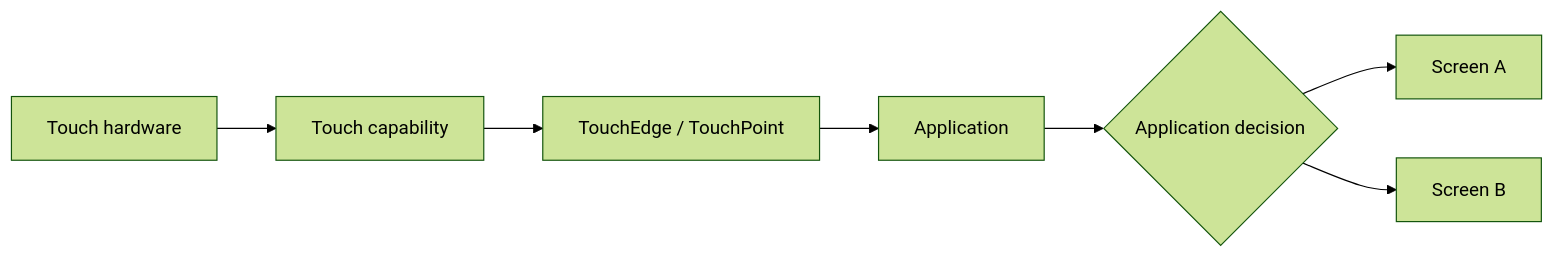
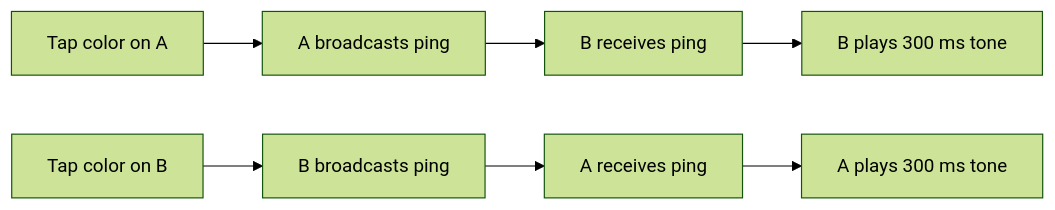
Before and after one commit to wackazong/hackandhike-2026: diagram 14 of 17 in README.md, drawn with Mermaid (forest theme). The commit also changed other lines of this file, not shown here.

Commit message:
Expand beginner application examples

````diff
--- a/README.md
+++ b/README.md
@@ -1160,9 +1240,10 @@
 ```mermaid
 flowchart LR
-    TouchHW["Touch hardware"] --> TouchCap["Touch capability"]
-    TouchCap --> Event["TouchEdge / TouchPoint"]
-    Event --> App["Application"]
-    App --> Choice{"Application decision"}
-    Choice --> ScreenA["Screen A"]
-    Choice --> ScreenB["Screen B"]
+    TapA["Tap color on A"] --> SendA["A broadcasts ping"]
+    SendA --> ReceiveB["B receives ping"]
+    ReceiveB --> ToneB["B plays 300 ms tone"]
+
+    TapB["Tap color on B"] --> SendB["B broadcasts ping"]
+    SendB --> ReceiveA["A receives ping"]
+    ReceiveA --> ToneA["A plays 300 ms tone"]
 ```
````
